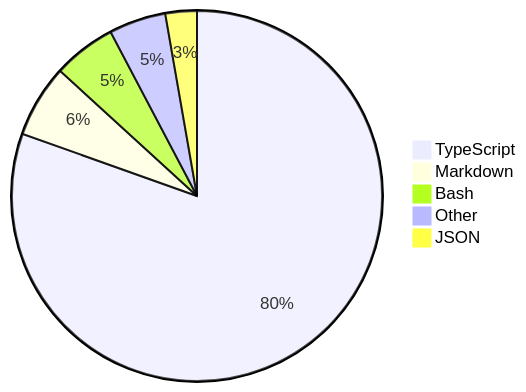
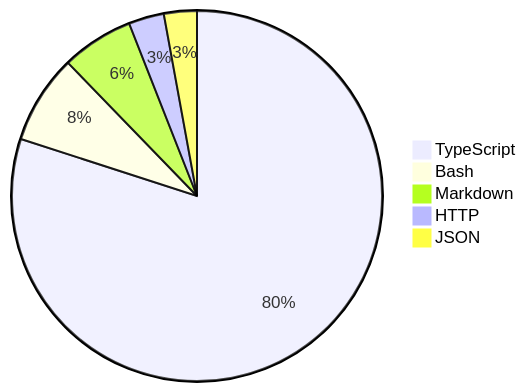
Before and after one commit to skvggor/skvggor: the diagram in README.md, drawn with Mermaid.

Commit message:
Updated waka-readme graph with new metrics

````diff
--- a/README.md
+++ b/README.md
@@ -16,8 +16,8 @@
 ```mermaid
 pie
-    "TypeScript" : 76.1
-    "Markdown" : 6.0
-    "Bash" : 5.2
-    "Other" : 4.7
-    "JSON" : 2.6
+    "TypeScript" : 75.1
+    "Bash" : 7.3
+    "Markdown" : 5.9
+    "HTTP" : 2.9
+    "JSON" : 2.7
 ```
````
